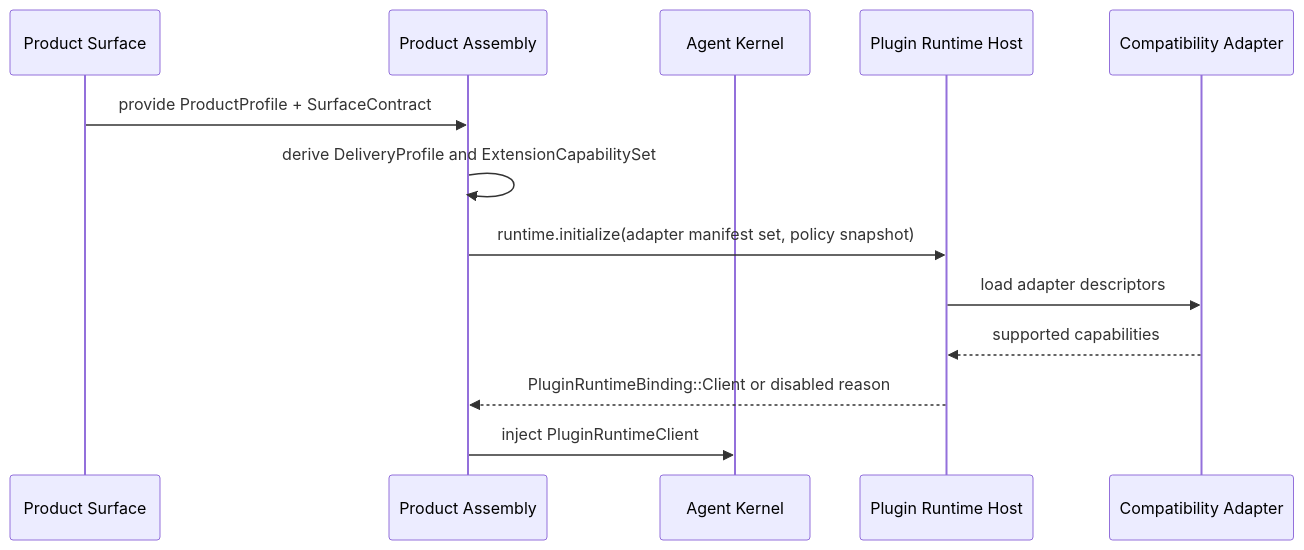
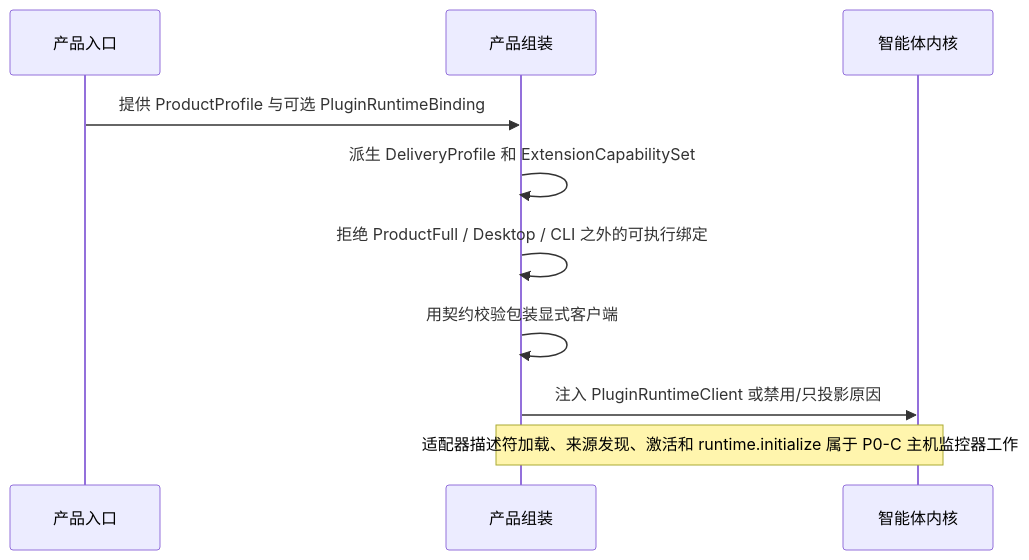
One commit to 1688mengdie/BitFun changed the second of 4 diagrams in docs/architecture/plugin-runtime-host-design.md. Above: the diagram before and after it, drawn with Mermaid. The commit also changed other lines of this file and 32 other files, not shown here.

Commit message:
feat(plugin): add P0 runtime host boundary

````diff
--- a/docs/architecture/plugin-runtime-host-design.md
+++ b/docs/architecture/plugin-runtime-host-design.md
@@ -505,16 +497,13 @@
 ```mermaid
 sequenceDiagram
-  participant Surface as Product Surface
-  participant Assembly as Product Assembly
-  participant Kernel as Agent Kernel
-  participant Host as Plugin Runtime Host
-  participant Adapter as Compatibility Adapter
+  participant Surface as 产品入口
+  participant Assembly as 产品组装
+  participant Kernel as 智能体内核
 
-  Surface->>Assembly: provide ProductProfile + SurfaceContract
-  Assembly->>Assembly: derive DeliveryProfile and ExtensionCapabilitySet
-  Assembly->>Host: runtime.initialize(adapter manifest set, policy snapshot)
-  Host->>Adapter: load adapter descriptors
-  Adapter-->>Host: supported capabilities
-  Host-->>Assembly: PluginRuntimeBinding::Client or disabled reason
-  Assembly->>Kernel: inject PluginRuntimeClient
+  Surface->>Assembly: 提供 ProductProfile 与可选 PluginRuntimeBinding
+  Assembly->>Assembly: 派生 DeliveryProfile 和 ExtensionCapabilitySet
+  Assembly->>Assembly: 拒绝 ProductFull / Desktop / CLI 之外的可执行绑定
+  Assembly->>Assembly: 用契约校验包装显式客户端
+  Assembly->>Kernel: 注入 PluginRuntimeClient 或禁用/只投影原因
+  Note over Assembly,Kernel: 适配器描述符加载、来源发现、激活和 runtime.initialize 属于 P0-C 主机监控器工作
 ```
````
